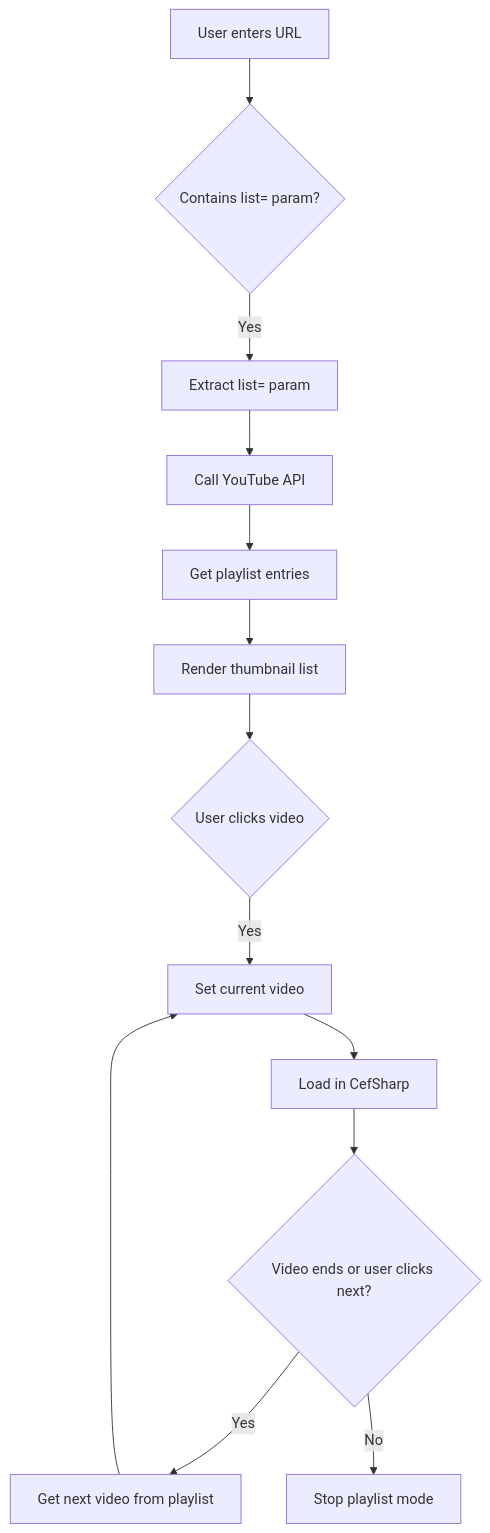
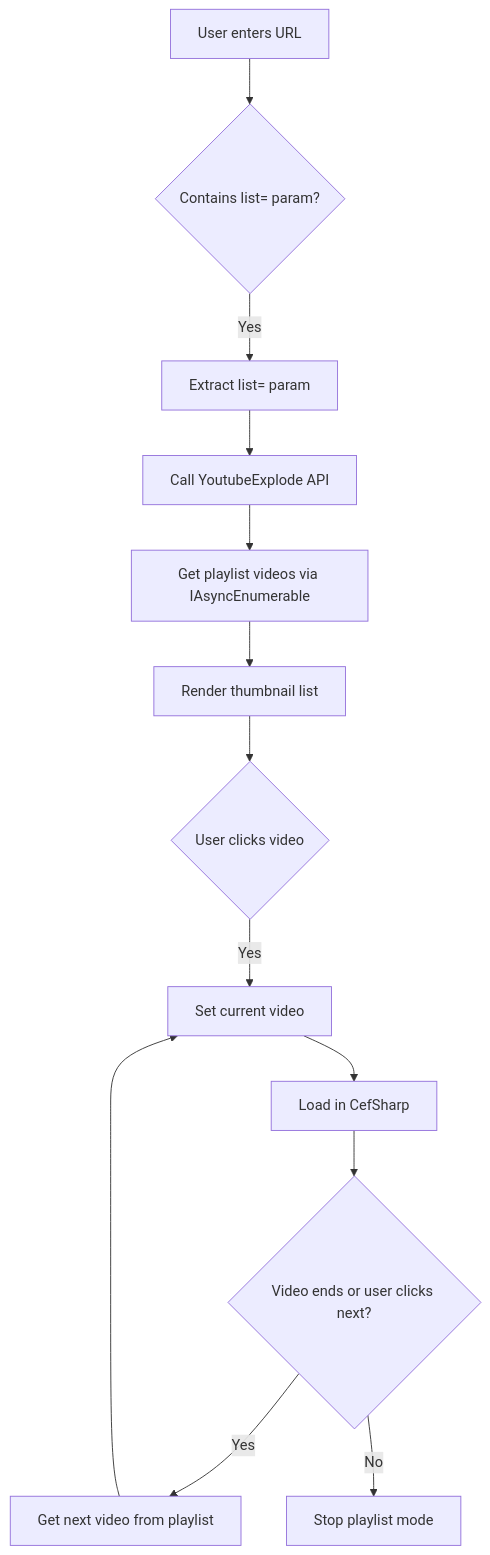
Before and after one commit to Dinand01/MusicPlayer: the eighth of 13 diagrams in docs/HOW-IT-WORKS.md, drawn with Mermaid. The commit also changed other lines of this file and 30 other files, not shown here.

````diff
--- a/docs/HOW-IT-WORKS.md
+++ b/docs/HOW-IT-WORKS.md
@@ -376,15 +329,15 @@
 ```mermaid
 flowchart TD
     A[User enters URL] --> B{Contains list= param?}
     B -->|Yes| C[Extract list= param]
-    C --> D[Call YouTube API]
-    D --> E[Get playlist entries]
+    C --> D[Call YoutubeExplode API]
+    D --> E[Get playlist videos via IAsyncEnumerable]
     E --> F[Render thumbnail list]
     F --> G{User clicks video}
     G -->|Yes| H[Set current video]
     H --> I[Load in CefSharp]
     I --> J{Video ends or user clicks next?}
     J -->|Yes| K[Get next video from playlist]
     K --> H
     J -->|No| L[Stop playlist mode]
 ```
````
